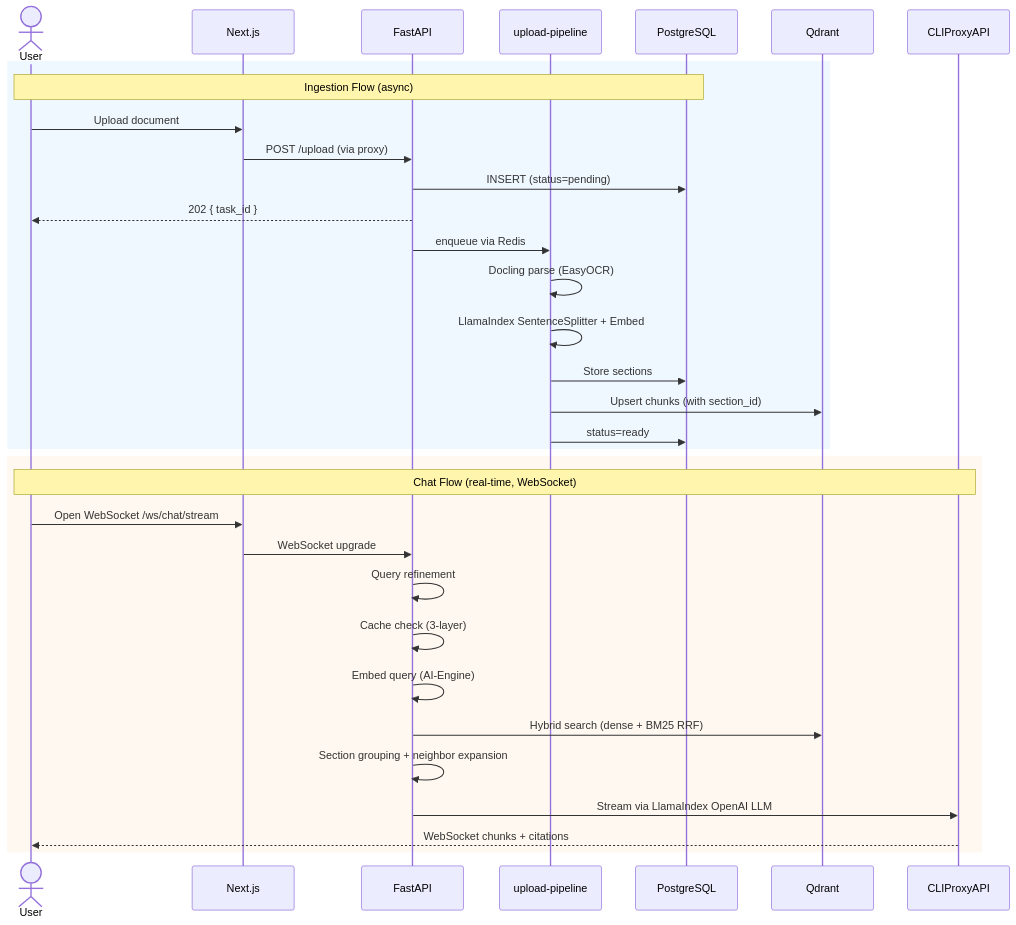
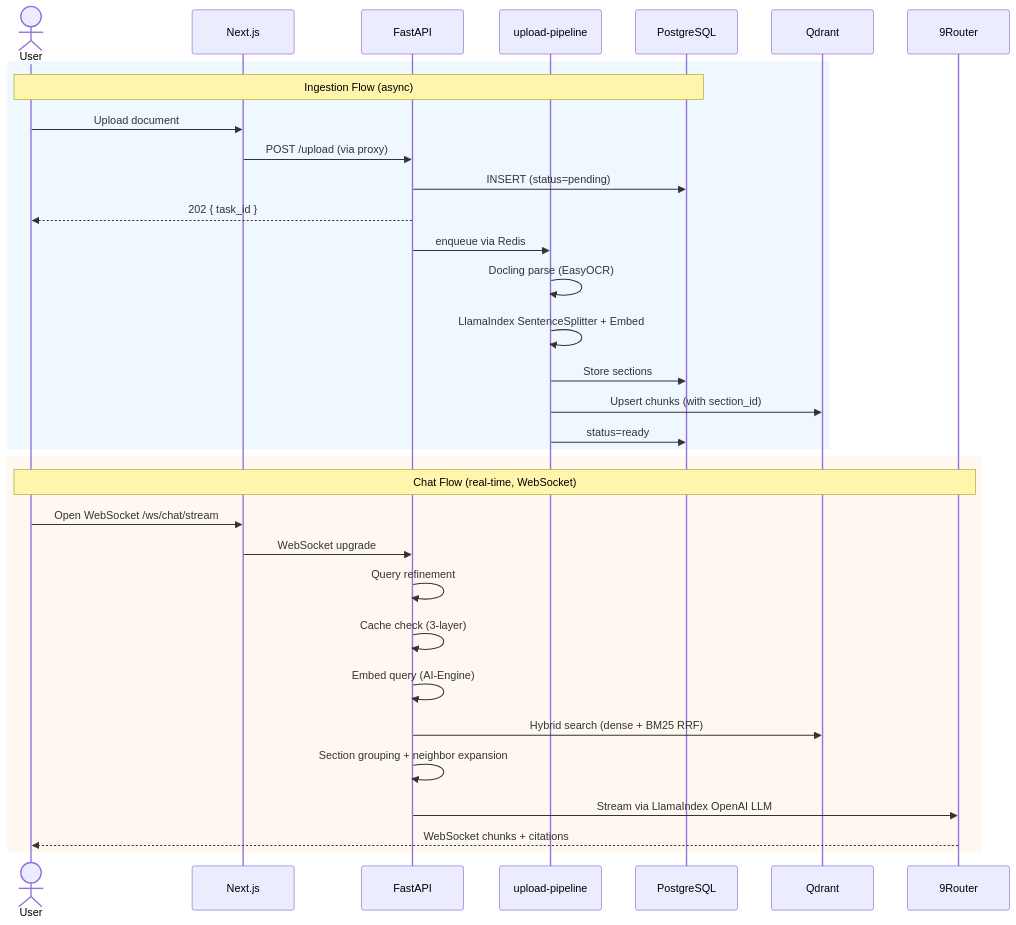
The second of 5 diagrams in README.md (qtuanph/chatbot-rag), drawn with Mermaid before and after one commit. The commit also changed other lines of this file and 35 other files, not shown here.

````diff
--- a/README.md
+++ b/README.md
@@ -162,37 +162,37 @@
 ```mermaid
 sequenceDiagram
     actor User
     participant Web as Next.js
     participant API as FastAPI
     participant Worker as upload-pipeline
     participant DB as PostgreSQL
     participant Q as Qdrant
-    participant Proxy as CLIProxyAPI
+    participant Proxy as 9Router
 
     rect rgb(240, 248, 255)
         Note over User,DB: Ingestion Flow (async)
         User->>Web: Upload document
         Web->>API: POST /upload (via proxy)
         API->>DB: INSERT (status=pending)
         API-->>User: 202 { task_id }
         API->>Worker: enqueue via Redis
         Worker->>Worker: Docling parse (EasyOCR)
         Worker->>Worker: LlamaIndex SentenceSplitter + Embed
         Worker->>DB: Store sections
         Worker->>Q: Upsert chunks (with section_id)
         Worker->>DB: status=ready
     end
 
     rect rgb(255, 248, 240)
         Note over User,Proxy: Chat Flow (real-time, WebSocket)
         User->>Web: Open WebSocket /ws/chat/stream
         Web->>API: WebSocket upgrade
         API->>API: Query refinement
         API->>API: Cache check (3-layer)
         API->>API: Embed query (AI-Engine)
         API->>Q: Hybrid search (dense + BM25 RRF)
         API->>API: Section grouping + neighbor expansion
         API->>Proxy: Stream via LlamaIndex OpenAI LLM
         Proxy-->>User: WebSocket chunks + citations
     end
 ```
````
